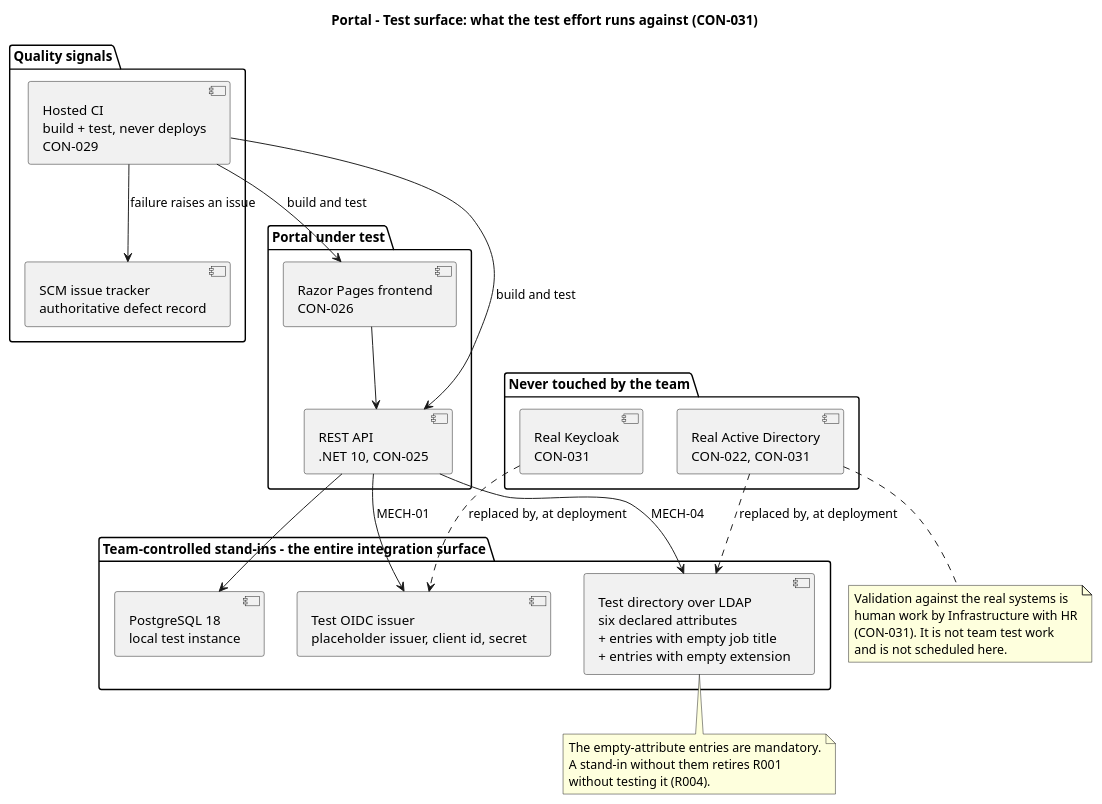
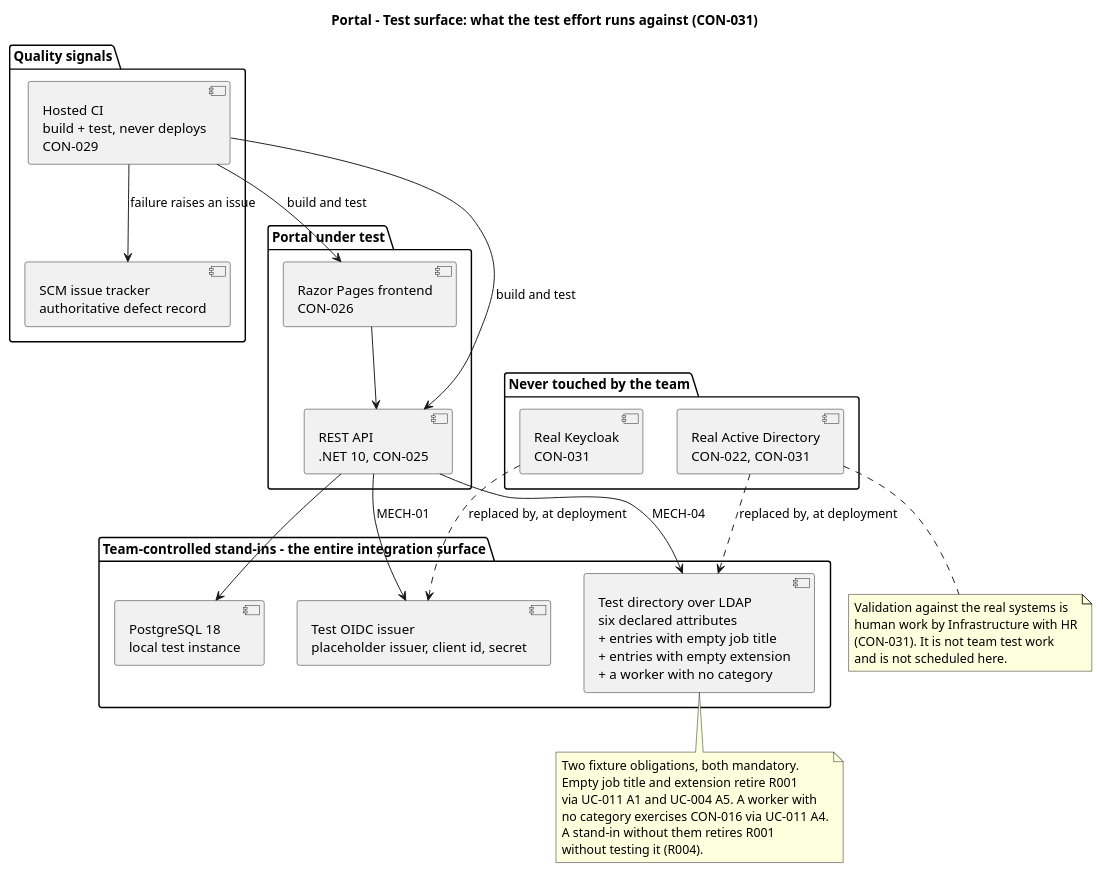
The third of 4 diagrams in docs/artifacts/test/test-evaluation-summary.md (banense-test/portal), drawn with PlantUML before and after one commit. The commit also changed other lines of this file, not shown here.

First line of the commit message:
Test Manager [I3]: upsert Test Evaluation Summary

````diff
--- a/docs/artifacts/test/test-evaluation-summary.md
+++ b/docs/artifacts/test/test-evaluation-summary.md
@@ -264,49 +294,52 @@
 ```plantuml
 @startuml
 title Portal - Test surface: what the test effort runs against (CON-031)
 
 package "Team-controlled stand-ins - the entire integration surface" {
   component "Test OIDC issuer\nplaceholder issuer, client id, secret" as OIDC
-  component "Test directory over LDAP\nsix declared attributes\n+ entries with empty job title\n+ entries with empty extension" as LDAP
+  component "Test directory over LDAP\nsix declared attributes\n+ entries with empty job title\n+ entries with empty extension\n+ a worker with no category" as LDAP
   component "PostgreSQL 18\nlocal test instance" as DB
 }
 
 package "Portal under test" {
   component "Razor Pages frontend\nCON-026" as UI
   component "REST API\n.NET 10, CON-025" as API
 }
 
 package "Never touched by the team" {
   component "Real Keycloak\nCON-031" as RKC
   component "Real Active Directory\nCON-022, CON-031" as RAD
 }
 
 package "Quality signals" {
   component "Hosted CI\nbuild + test, never deploys\nCON-029" as CI
   component "SCM issue tracker\nauthoritative defect record" as ISS
 }
 
 UI --> API
 API --> OIDC : MECH-01
 API --> LDAP : MECH-04
 API --> DB
 CI --> UI : build and test
 CI --> API : build and test
 CI --> ISS : failure raises an issue
 RKC ..> OIDC : replaced by, at deployment
 RAD ..> LDAP : replaced by, at deployment
 
 note bottom of LDAP
-  The empty-attribute entries are mandatory.
+  Two fixture obligations, both mandatory.
+  Empty job title and extension retire R001
+  via UC-011 A1 and UC-004 A5. A worker with
+  no category exercises CON-016 via UC-011 A4.
   A stand-in without them retires R001
   without testing it (R004).
 end note
 
 note bottom of RAD
   Validation against the real systems is
   human work by Infrastructure with HR
   (CON-031). It is not team test work
   and is not scheduled here.
 end note
 @enduml
 ```
````
